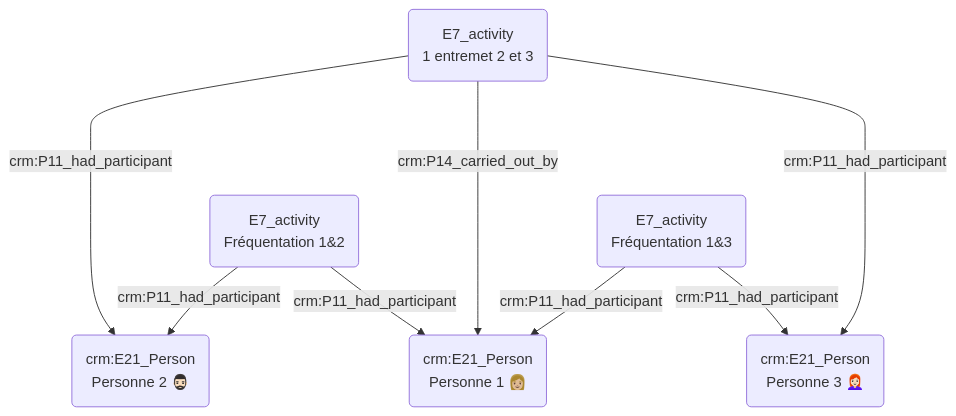
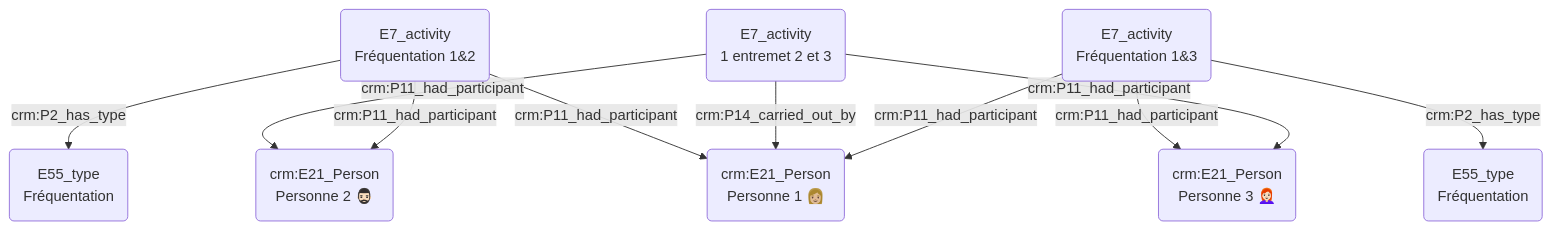
The diagram in modules/livrables/Dossier 2/Prosopographie/rencontre de quelqu'un par le biais d'une tierce personne au sein d'un même lieu.md (Amleth/consortium-musica2-gt2-ontologies), drawn with Mermaid before and after one commit. The commit also changed other lines of this file, not shown here.

Commit message:
Update rencontre de quelqu'un par le biais d'une tierce personne au sein d'un même lieu.md

````diff
--- a/modules/livrables/Dossier 2/Prosopographie/rencontre de quelqu'un par le biais d'une tierce personne au sein d'un même lieu.md
+++ b/modules/livrables/Dossier 2/Prosopographie/rencontre de quelqu'un par le biais d'une tierce personne au sein d'un même lieu.md
@@ -13,23 +13,25 @@
 ```mermaid
 graph TD;
 
 
 
 
 
+B(E7_activity<br>Fréquentation 1&2) -->|crm:P2_has_type| F(E55_type<br>Fréquentation)
+O(E7_activity<br>1 entremet 2 et 3) -->|crm:P11_had_participant| C("crm:E21_Person<br>Personne 2 🧔🏻‍♂️")
 
-O(E7_activity<br>1 entremet 2 et 3) ---->|crm:P11_had_participant| C("crm:E21_Person<br>Personne 2 🧔🏻‍♂️")
 B(E7_activity<br>Fréquentation 1&2) -->|crm:P11_had_participant| C("crm:E21_Person<br>Personne 2 🧔🏻‍♂️")
+
 B(E7_activity<br>Fréquentation 1&2) -->|crm:P11_had_participant| A("crm:E21_Person<br>Personne 1 👩🏼")
 
-O(E7_activity<br>1 entremet 2 et 3) ---->|crm:P14_carried_out_by| A("crm:E21_Person<br>Personne 1 👩🏼")
+O(E7_activity<br>1 entremet 2 et 3) -->|crm:P14_carried_out_by| A("crm:E21_Person<br>Personne 1 👩🏼")
+D(E7_activity<br>Fréquentation 1&3) -->|crm:P2_has_type| G(E55_type<br>Fréquentation)
 D(E7_activity<br>Fréquentation 1&3) -->|crm:P11_had_participant| A("crm:E21_Person<br>Personne 1 👩🏼")
+
 D(E7_activity<br>Fréquentation 1&3) -->|crm:P11_had_participant| E("crm:E21_Person<br>Personne 3 👩🏻‍🦰")
-
-
 O(E7_activity<br>1 entremet 2 et 3) -->|crm:P11_had_participant| E("crm:E21_Person<br>Personne 3 👩🏻‍🦰")
 
 
 
 
 ```
````
